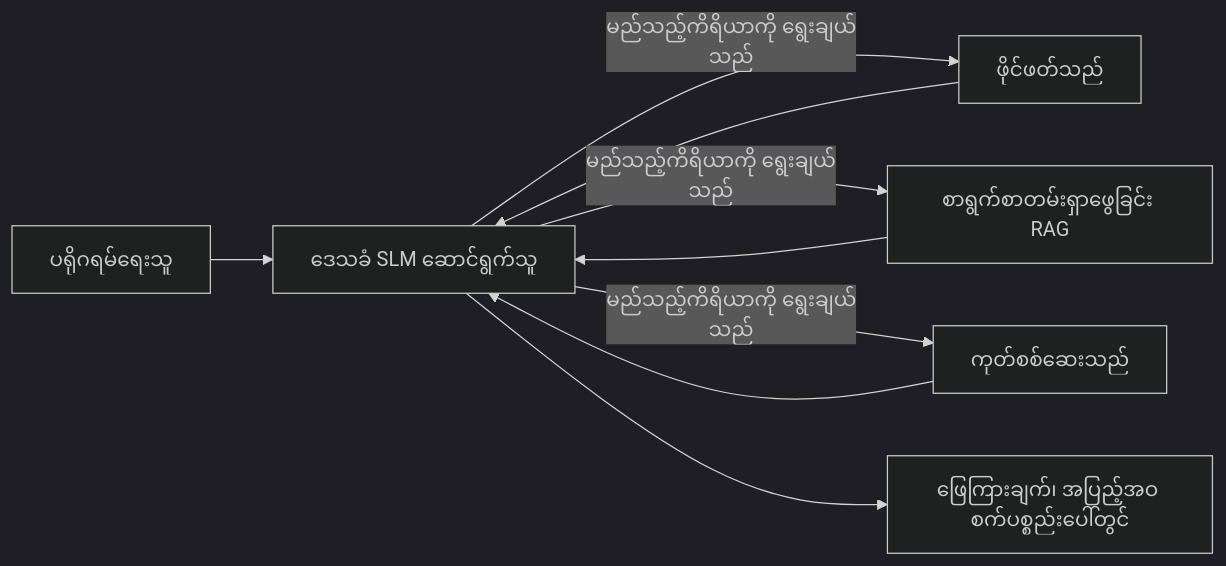
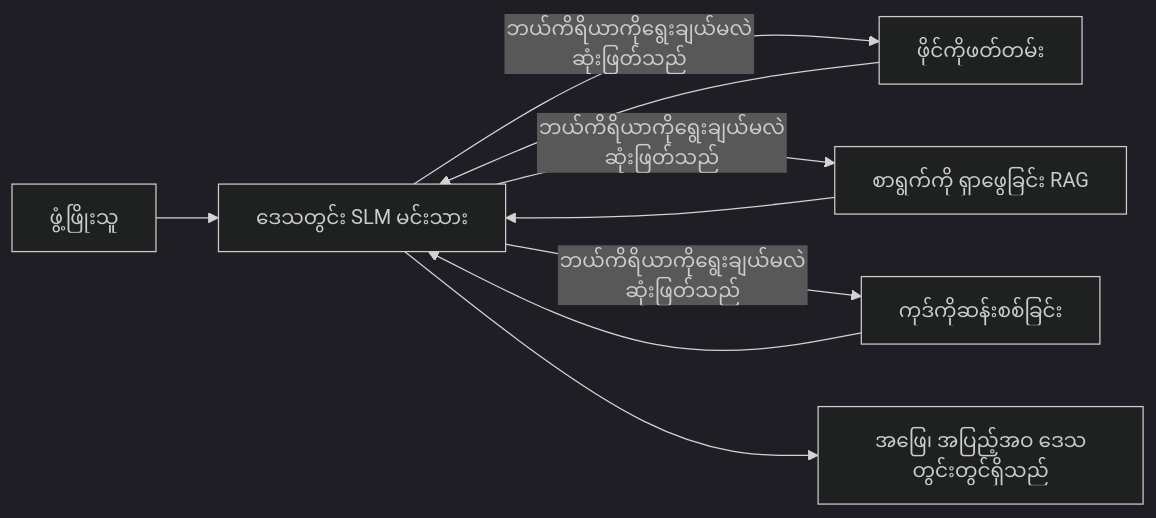
The first of 4 diagrams in translations/my/17-creating-local-ai-agents/README.md (microsoft/ai-agents-for-beginners), drawn with Mermaid (dark theme) before and after one commit. The commit also changed other lines of this file and 45 other files, not shown here.

````diff
--- a/translations/my/17-creating-local-ai-agents/README.md
+++ b/translations/my/17-creating-local-ai-agents/README.md
@@ -66,11 +66,11 @@
 ```mermaid
 flowchart LR
-    U[ပရိုဂရမ်ရေးသူ] --> A[ဒေသခံ SLM ဆောင်ရွက်သူ]
-    A -->|မည်သည့်ကိရိယာကို ရွေးချယ်သည်| T1[ဖိုင်ဖတ်သည်]
-    A -->|မည်သည့်ကိရိယာကို ရွေးချယ်သည်| T2[စာရွက်စာတမ်းရှာဖွေခြင်း RAG]
-    A -->|မည်သည့်ကိရိယာကို ရွေးချယ်သည်| T3[ကုတ်စစ်ဆေးသည်]
+    U[ဖွံ့ဖြိုးသူ] --> A[ဒေသတွင်း SLM မင်းသား]
+    A -->|ဘယ်ကိရိယာကိုရွေးချယ်မလဲဆုံးဖြတ်သည်| T1[ဖိုင်ကိုဖတ်တမ်း]
+    A -->|ဘယ်ကိရိယာကိုရွေးချယ်မလဲဆုံးဖြတ်သည်| T2[စာရွက်ကို ရှာဖွေခြင်း RAG]
+    A -->|ဘယ်ကိရိယာကိုရွေးချယ်မလဲဆုံးဖြတ်သည်| T3[ကုဒ်ကိုဆန်းစစ်ခြင်း]
     T1 --> A
     T2 --> A
     T3 --> A
-    A --> R[ဖြေကြားချက်၊ အပြည့်အဝ စက်ပစ္စည်းပေါ်တွင်]
+    A --> R[အဖြေ၊ အပြည့်အဝ ဒေသတွင်းတွင်ရှိသည်]
 ```
````
